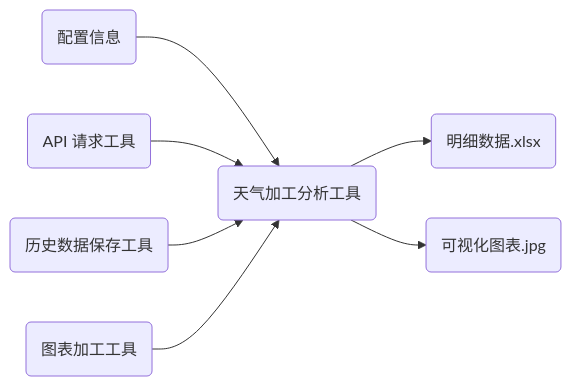
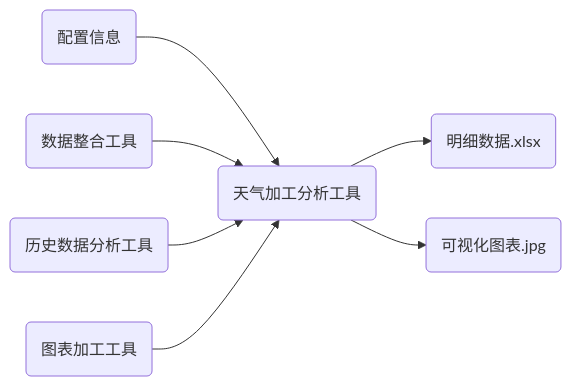
Before and after one commit to xianrr/weather: the first of 3 diagrams in README.md, drawn with Mermaid.

````diff
--- a/README.md
+++ b/README.md
@@ -25,16 +25,16 @@
 ```mermaid
 flowchart LR
 id1(配置信息)
-id2(API 请求工具)
-id3(历史数据保存工具)
+id2(数据整合工具)
+id3(历史数据分析工具)
 id4(天气加工分析工具)
 id5(明细数据.xlsx)
 id8(图表加工工具)
 id7(可视化图表.jpg)
 id1 --> id4
 id2 --> id4
 id3 --> id4
 id4 --> id5
 id4 --> id7
 id8 --> id4 
 ```
````
